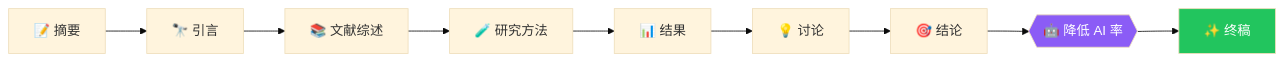
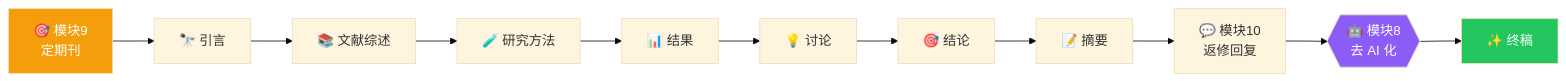
Before and after one commit to syxscott/academic-paper-polish: the diagram in README.md, drawn with Mermaid (base theme). The commit also changed other lines of this file and 23 other files, not shown here.

````diff
--- a/README.md
+++ b/README.md
@@ -302,13 +316,16 @@
 ```mermaid
 flowchart LR
-    A[📝 摘要] --> B[🔭 引言]
+    A[🎯 模块9<br/>定期刊] --> B[🔭 引言]
     B --> C[📚 文献综述]
     C --> D[🧪 研究方法]
     D --> E[📊 结果]
     E --> F[💡 讨论]
     F --> G[🎯 结论]
-    G --> H{{🤖 降低 AI 率}}
-    H --> I[✨ 终稿]
-    style H fill:#8b5cf6,color:#fff
-    style I fill:#22c55e,color:#fff
+    G --> H[📝 摘要]
+    H --> I[💬 模块10<br/>返修回复]
+    I --> J{{🤖 模块8<br/>去 AI 化}}
+    J --> K[✨ 终稿]
+    style A fill:#f59e0b,color:#fff
+    style J fill:#8b5cf6,color:#fff
+    style K fill:#22c55e,color:#fff
 ```
````
